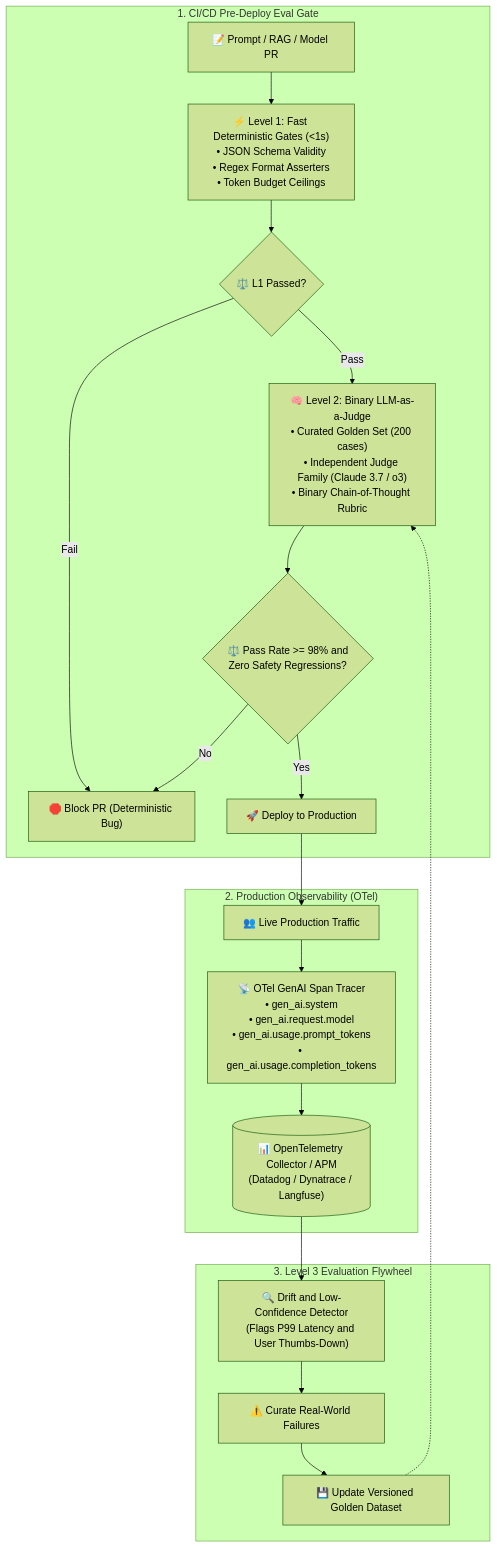
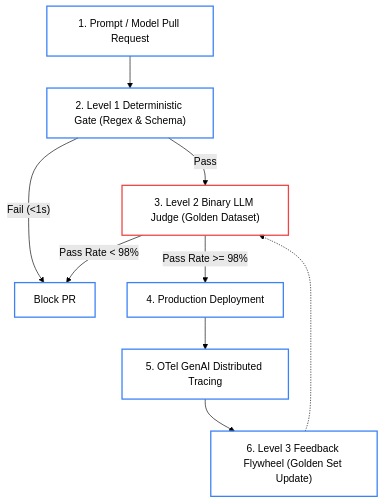
Before and after one commit to dip4k/senior-engineer-to-ai-engineer-roadmap: the first of 2 diagrams in use-cases/use-case-05-otel-evals-telemetry.md, drawn with Mermaid (forest theme). The commit also changed other lines of this file and 49 other files, not shown here.

First line of the commit message:
feat(curriculum): complete 2026 refactoring across roadmaps, use-cases, labs, and agent-forge

````diff
--- a/use-cases/use-case-05-otel-evals-telemetry.md
+++ b/use-cases/use-case-05-otel-evals-telemetry.md
@@ -22,28 +23,22 @@
 ```mermaid
 flowchart TD
-    subgraph CICD["1. CI/CD Pre-Deploy Eval Gate"]
-        PR["📝 Prompt / RAG / Model PR"] --> L1["⚡ Level 1: Fast Deterministic Gates (<1s)<br>• JSON Schema Validity<br>• Regex Format Asserters<br>• Token Budget Ceilings"]
-        
-        L1 --> L1_Check{"⚖️ L1 Passed?"}
-        L1_Check -- "Fail" --> BlockPR["🛑 Block PR (Deterministic Bug)"]
-        
-        L1_Check -- "Pass" --> L2["🧠 Level 2: Binary LLM-as-a-Judge<br>• Curated Golden Set (200 cases)<br>• Independent Judge Family (Claude 3.7 / o3)<br>• Binary Chain-of-Thought Rubric"]
-        
-        L2 --> ScoreCheck{"⚖️ Pass Rate >= 98% and<br>Zero Safety Regressions?"}
-        ScoreCheck -- "No" --> BlockPR
-        ScoreCheck -- "Yes" --> Deploy["🚀 Deploy to Production"]
-    end
+    PR["1. Prompt / Model Pull Request"]
+    L1["2. Level 1 Deterministic Gate (Regex & Schema)"]
+    L2["3. Level 2 Binary LLM Judge (Golden Dataset)"]
+    Deploy["4. Production Deployment"]
+    Tracer["5. OTel GenAI Distributed Tracing"]
+    Flywheel["6. Level 3 Feedback Flywheel (Golden Set Update)"]
 
-    subgraph Runtime["2. Production Observability (OTel)"]
-        Deploy --> UserTraffic["👥 Live Production Traffic"]
-        UserTraffic --> Tracer["📡 OTel GenAI Span Tracer<br>• gen_ai.system<br>• gen_ai.request.model<br>• gen_ai.usage.prompt_tokens<br>• gen_ai.usage.completion_tokens"]
-        Tracer --> OTelCollector[("📊 OpenTelemetry Collector / APM<br>(Datadog / Dynatrace / Langfuse)")]
-    end
+    PR --> L1
+    L1 -- "Fail (<1s)" --> Block["Block PR"]
+    L1 -- "Pass" --> L2
+    L2 -- "Pass Rate < 98%" --> Block
+    L2 -- "Pass Rate >= 98%" --> Deploy
+    Deploy --> Tracer
+    Tracer --> Flywheel
+    Flywheel -.-> L2
 
-    subgraph Flywheel["3. Level 3 Evaluation Flywheel"]
-        OTelCollector --> AnomalyDetector["🔍 Drift and Low-Confidence Detector<br>(Flags P99 Latency and User Thumbs-Down)"]
-        AnomalyDetector --> HardCases["⚠️ Curate Real-World Failures"]
-        HardCases --> GoldenSet["💾 Update Versioned Golden Dataset"]
-        GoldenSet -.-> L2
-    end
+    classDef default fill:none,stroke:#3b82f6,stroke-width:2px;
+    classDef gate fill:none,stroke:#ef4444,stroke-width:2px;
+    class L2 gate;
 ```
````
